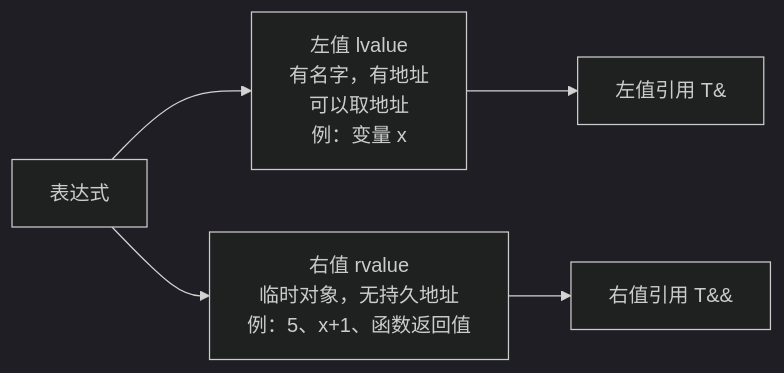
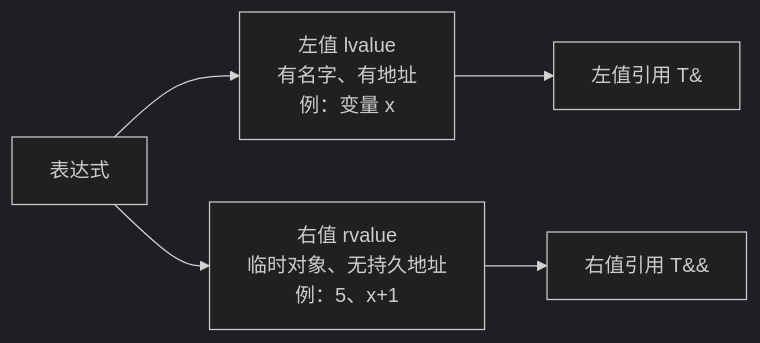
One commit to kok-s0s/job_ changed the second of 3 diagrams in cpp/move_semantics.md. Above: the diagram before and after it, drawn with Mermaid (dark theme). The commit also changed other lines of this file and 1 other file, not shown here.

Commit message:
fix: 修复 Mermaid 节点中文文字溢出问题，缩短节点标签

````diff
--- a/cpp/move_semantics.md
+++ b/cpp/move_semantics.md
@@ -35,7 +35,7 @@
 ```mermaid
 flowchart LR
-    V[表达式] --> LV[左值 lvalue\n有名字，有地址\n可以取地址\n例：变量 x]
-    V --> RV[右值 rvalue\n临时对象，无持久地址\n例：5、x+1、函数返回值]
-    LV --> LR[左值引用 T&]
-    RV --> RR[右值引用 T&&]
+    V[表达式] --> LV["左值 lvalue\n有名字、有地址\n例：变量 x"]
+    V --> RV["右值 rvalue\n临时对象、无持久地址\n例：5、x+1"]
+    LV --> LR["左值引用 T&"]
+    RV --> RR["右值引用 T&&"]
 ```
````
